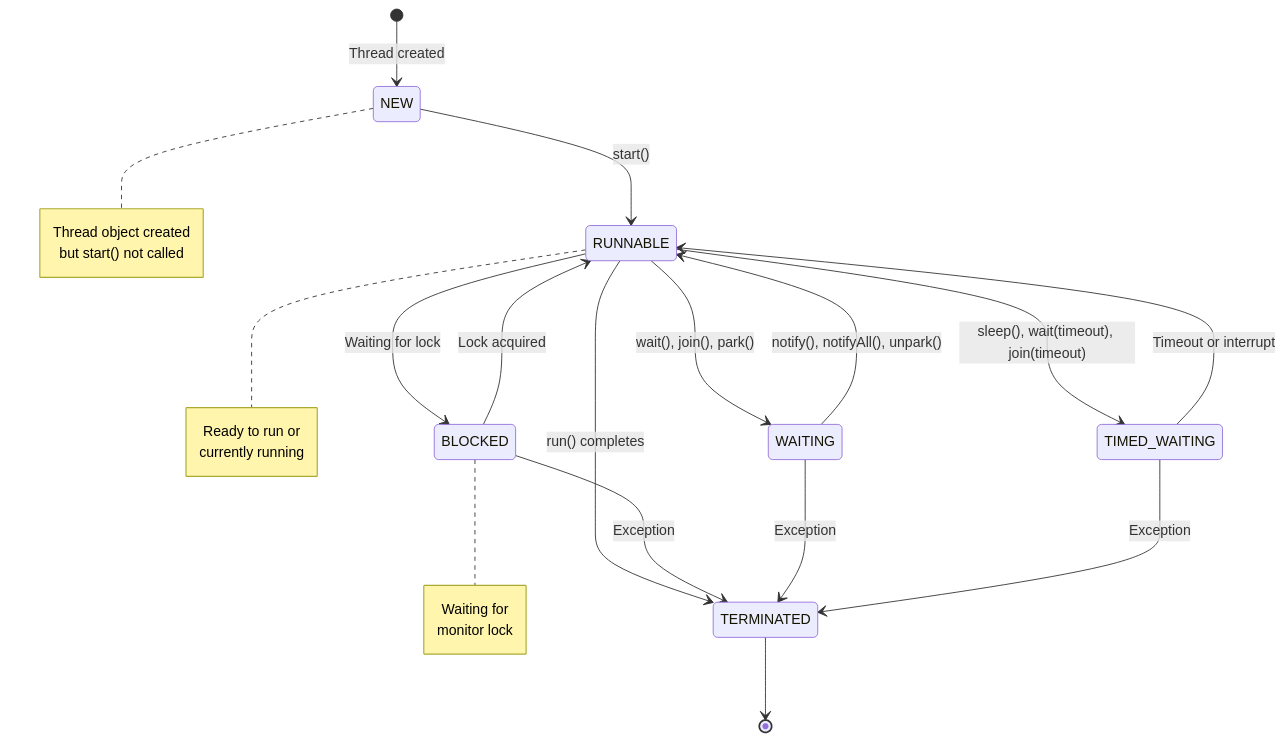
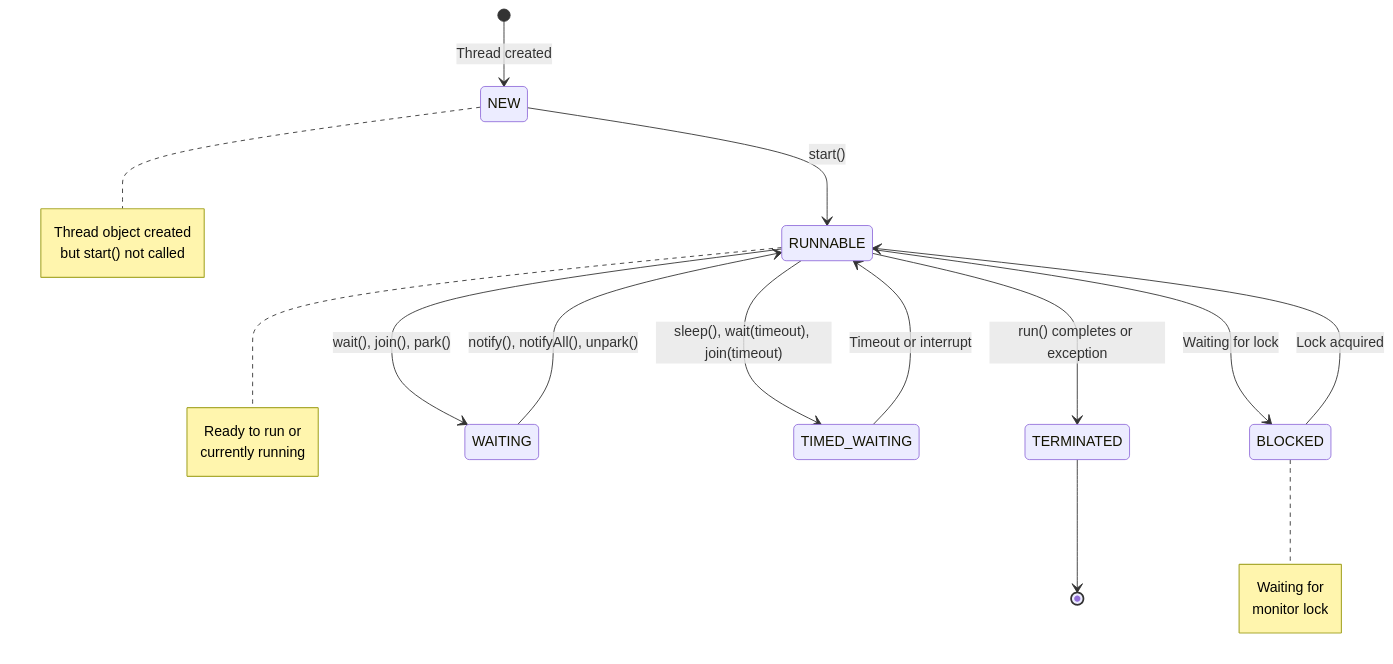
Diagram 16 of 26 in concepts.md (ngockhanhvd2812/Java-core), drawn with Mermaid before and after one commit. The commit also changed other lines of this file, not shown here.

````diff
--- a/concepts.md
+++ b/concepts.md
@@ -1867,36 +2162,33 @@
 ```mermaid
 stateDiagram-v2
     [*] --> NEW : Thread created
     NEW --> RUNNABLE : start()
     
     RUNNABLE --> BLOCKED : Waiting for lock
     BLOCKED --> RUNNABLE : Lock acquired
     
     RUNNABLE --> WAITING : wait(), join(), park()
     WAITING --> RUNNABLE : notify(), notifyAll(), unpark()
     
     RUNNABLE --> TIMED_WAITING : sleep(), wait(timeout), join(timeout)
     TIMED_WAITING --> RUNNABLE : Timeout or interrupt
     
-    RUNNABLE --> TERMINATED : run() completes
-    BLOCKED --> TERMINATED : Exception
-    WAITING --> TERMINATED : Exception
-    TIMED_WAITING --> TERMINATED : Exception
+    RUNNABLE --> TERMINATED : run() completes or exception
     
     TERMINATED --> [*]
     
     note right of NEW
         Thread object created
         but start() not called
     end note
     
     note right of RUNNABLE
         Ready to run or
         currently running
     end note
     
     note right of BLOCKED
         Waiting for
         monitor lock
     end note
 ```
````
